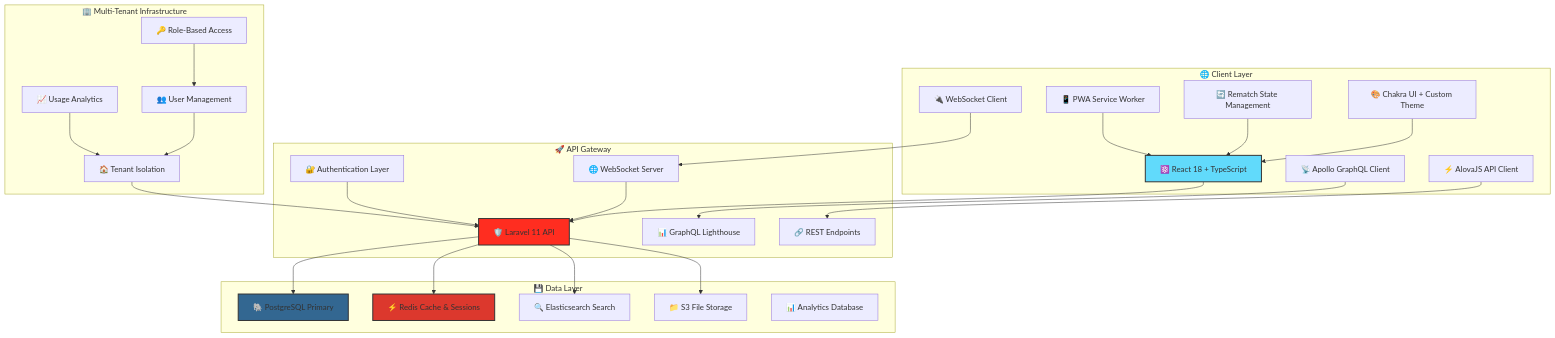
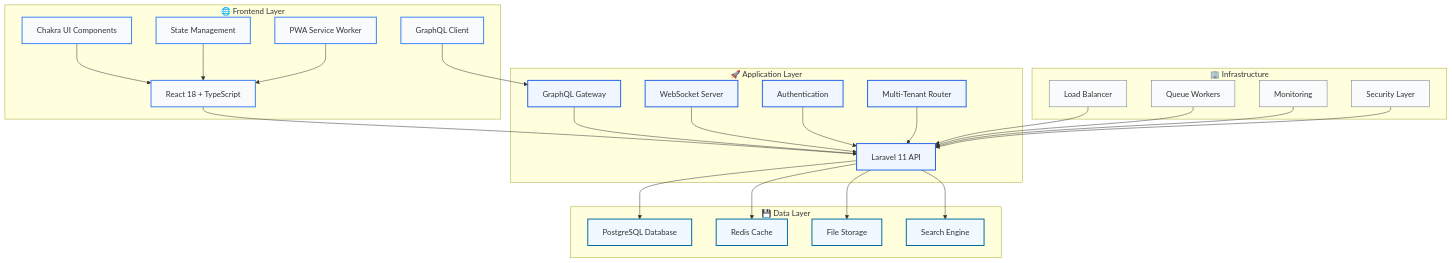
The fourth of 6 diagrams in README.md (abdoElHodaky/larvaccountplatfo), drawn with Mermaid before and after one commit. The commit also changed other lines of this file and 2 other files, not shown here.

````diff
--- a/README.md
+++ b/README.md
@@ -168,58 +220,75 @@
 ```mermaid
 graph TB
-    subgraph "🌐 Client Layer"
-        A[⚛️ React 18 + TypeScript]
-        B[🎨 Chakra UI + Custom Theme]
-        C[🔄 Rematch State Management]
-        D[📡 Apollo GraphQL Client]
-        E[⚡ AlovaJS API Client]
-        F[🔌 WebSocket Client]
-        G[📱 PWA Service Worker]
+    subgraph "🌐 Frontend Layer"
+        A[React 18 + TypeScript]
+        B[Chakra UI Components]
+        C[State Management]
+        D[GraphQL Client]
+        E[PWA Service Worker]
     end
     
-    subgraph "🚀 API Gateway"
-        H[🛡️ Laravel 11 API]
-        I[📊 GraphQL Lighthouse]
-        J[🔗 REST Endpoints]
-        K[🌐 WebSocket Server]
-        L[🔐 Authentication Layer]
+    subgraph "🚀 Application Layer"
+        F[Laravel 11 API]
+        G[GraphQL Gateway]
+        H[WebSocket Server]
+        I[Authentication]
+        J[Multi-Tenant Router]
     end
     
     subgraph "💾 Data Layer"
-        M[🐘 PostgreSQL Primary]
-        N[⚡ Redis Cache & Sessions]
-        O[🔍 Elasticsearch Search]
-        P[📁 S3 File Storage]
-        Q[📊 Analytics Database]
+        K[PostgreSQL Database]
+        L[Redis Cache]
+        M[File Storage]
+        N[Search Engine]
     end
     
-    subgraph "🏢 Multi-Tenant Infrastructure"
-        R[🏠 Tenant Isolation]
-        S[👥 User Management]
-        T[🔑 Role-Based Access]
-        U[📈 Usage Analytics]
+    subgraph "🏢 Infrastructure"
+        O[Load Balancer]
+        P[Queue Workers]
+        Q[Monitoring]
+        R[Security Layer]
     end
     
-    A --> H
+    A --> F
     B --> A
     C --> A
-    D --> I
-    E --> J
+    D --> G
+    E --> A
+    
     F --> K
-    G --> A
-    H --> M
-    H --> N
-    H --> O
-    H --> P
-    K --> H
-    L --> H
-    R --> H
-    S --> R
-    T --> S
-    U --> R
+    G --> F
+    H --> F
+    I --> F
+    J --> F
     
-    style A fill:#61dafb,stroke:#333,stroke-width:2px
-    style H fill:#ff2d20,stroke:#333,stroke-width:2px
-    style M fill:#336791,stroke:#333,stroke-width:2px
-    style N fill:#dc382d,stroke:#333,stroke-width:2px
+    F --> L
+    F --> M
+    F --> N
+    
+    O --> F
+    P --> F
+    Q --> F
+    R --> F
+    
+    style A fill:#f8fafc,stroke:#3b82f6,stroke-width:2px
+    style B fill:#f8fafc,stroke:#3b82f6,stroke-width:2px
+    style C fill:#f8fafc,stroke:#3b82f6,stroke-width:2px
+    style D fill:#f8fafc,stroke:#3b82f6,stroke-width:2px
+    style E fill:#f8fafc,stroke:#3b82f6,stroke-width:2px
+    
+    style F fill:#eff6ff,stroke:#2563eb,stroke-width:2px
+    style G fill:#eff6ff,stroke:#2563eb,stroke-width:2px
+    style H fill:#eff6ff,stroke:#2563eb,stroke-width:2px
+    style I fill:#eff6ff,stroke:#2563eb,stroke-width:2px
+    style J fill:#eff6ff,stroke:#2563eb,stroke-width:2px
+    
+    style K fill:#f0f9ff,stroke:#0369a1,stroke-width:2px
+    style L fill:#f0f9ff,stroke:#0369a1,stroke-width:2px
+    style M fill:#f0f9ff,stroke:#0369a1,stroke-width:2px
+    style N fill:#f0f9ff,stroke:#0369a1,stroke-width:2px
+    
+    style O fill:#f9fafb,stroke:#6b7280,stroke-width:1px
+    style P fill:#f9fafb,stroke:#6b7280,stroke-width:1px
+    style Q fill:#f9fafb,stroke:#6b7280,stroke-width:1px
+    style R fill:#f9fafb,stroke:#6b7280,stroke-width:1px
 ```
````
